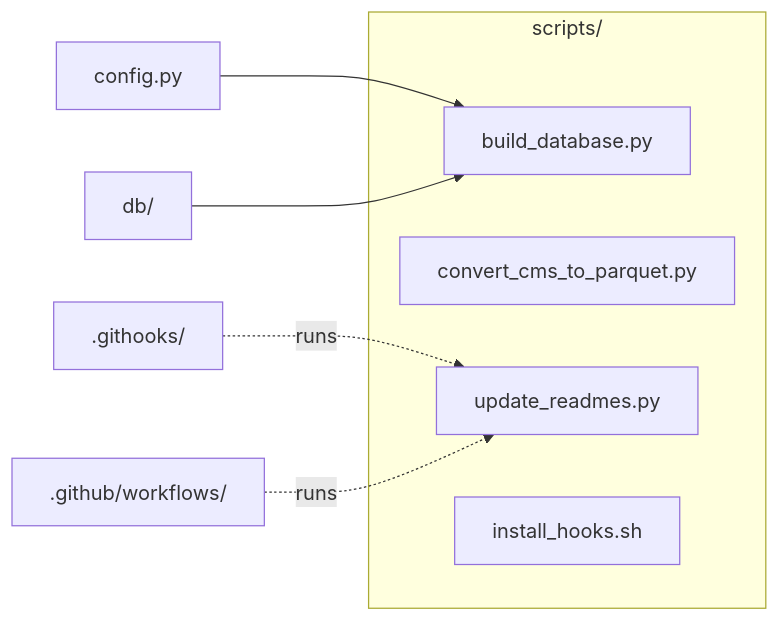
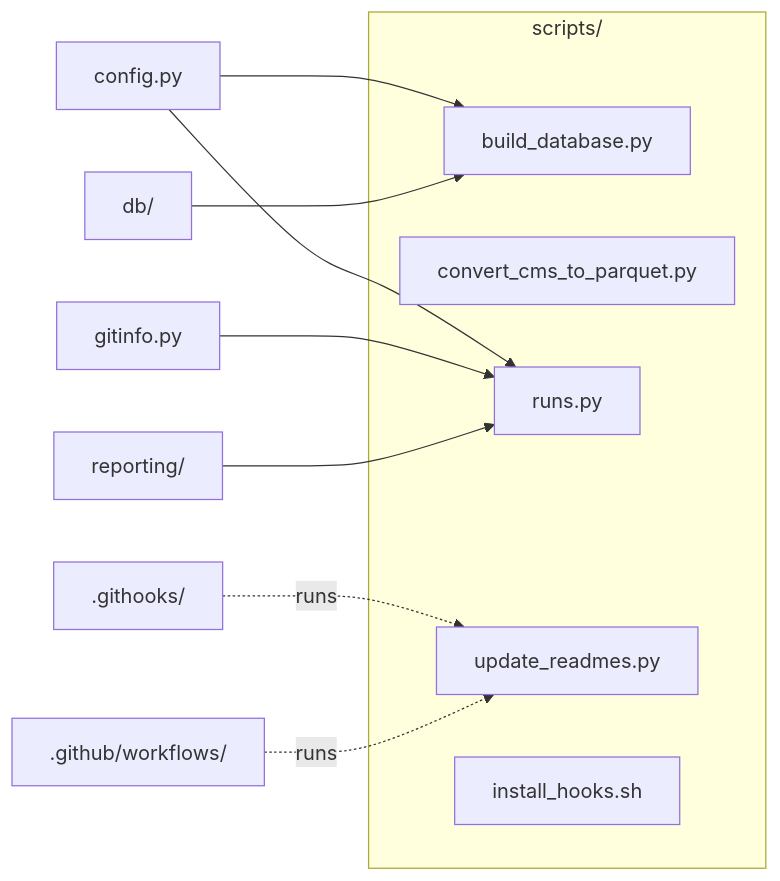
The diagram in scripts/README.md (drsanjna/cardiac-imaging-medicare), drawn with Mermaid before and after one commit. The commit also changed other lines of this file and 16 other files, not shown here.

````diff
--- a/scripts/README.md
+++ b/scripts/README.md
@@ -11,17 +11,23 @@
 ```mermaid
 flowchart LR
   subgraph here["scripts/"]
     n_build_database_py["build_database.py"]
     n_convert_cms_to_parquet_py["convert_cms_to_parquet.py"]
+    n_runs_py["runs.py"]
     n_update_readmes_py["update_readmes.py"]
     n_install_hooks_sh["install_hooks.sh"]
   end
   n__githooks_[".githooks/"]
   n__github_workflows_[".github/workflows/"]
   n_config_py["config.py"]
   n_db_["db/"]
+  n_gitinfo_py["gitinfo.py"]
+  n_reporting_["reporting/"]
   n_config_py --> n_build_database_py
+  n_config_py --> n_runs_py
   n_db_ --> n_build_database_py
+  n_gitinfo_py --> n_runs_py
+  n_reporting_ --> n_runs_py
   n__githooks_ -. runs .-> n_update_readmes_py
   n__github_workflows_ -. runs .-> n_update_readmes_py
 ```
````
